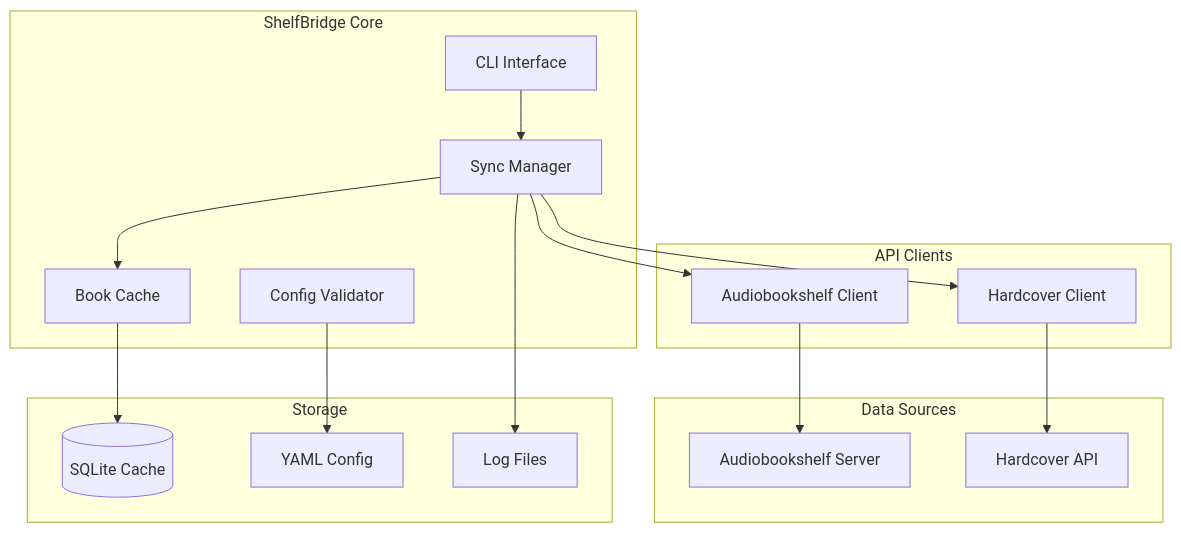
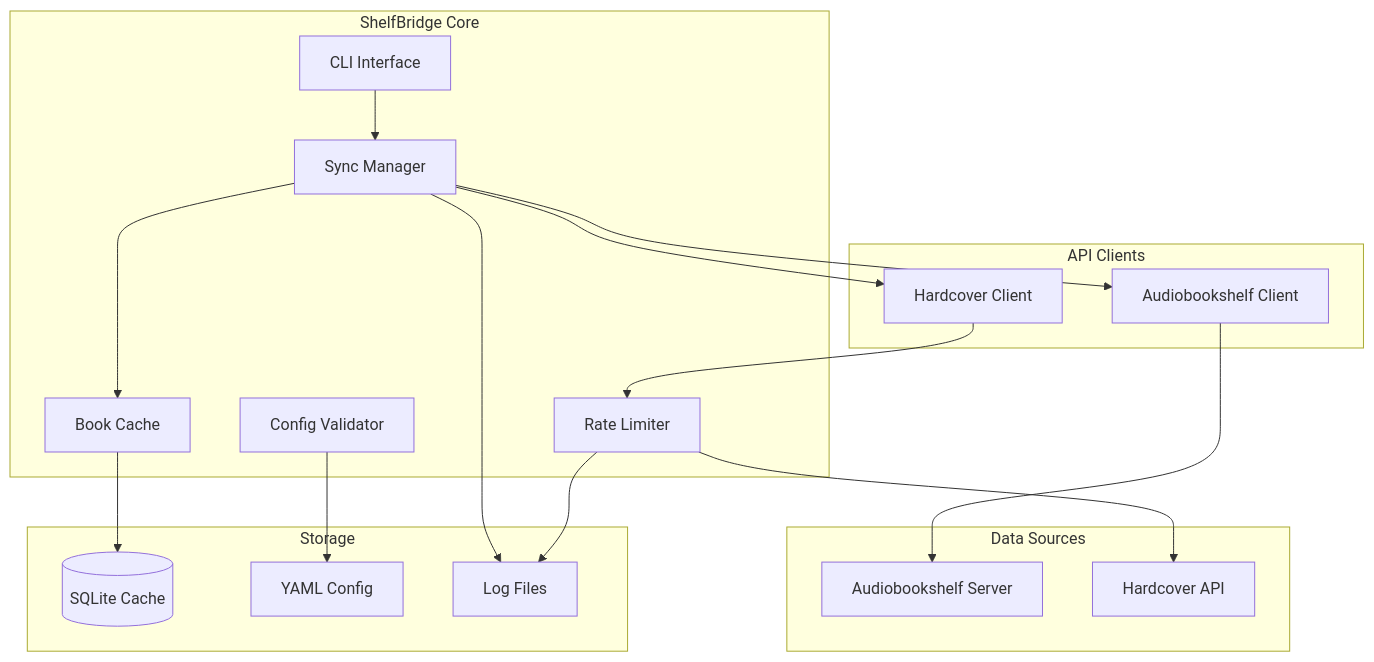
One commit to rohit-purandare/ShelfBridge changed the first of 3 diagrams in wiki/technical/Architecture-Overview.md. Above: the diagram before and after it, drawn with Mermaid. The commit also changed other lines of this file and 8 other files, not shown here.

````diff
--- a/wiki/technical/Architecture-Overview.md
+++ b/wiki/technical/Architecture-Overview.md
@@ -9,35 +9,38 @@
 ```mermaid
 graph TB
     subgraph "Data Sources"
         ABS[Audiobookshelf Server]
         HC[Hardcover API]
     end
     
     subgraph "ShelfBridge Core"
         CLI[CLI Interface]
         SM[Sync Manager]
         BC[Book Cache]
         CV[Config Validator]
+        RL[Rate Limiter]
     end
     
     subgraph "API Clients"
         ABSC[Audiobookshelf Client]
         HCC[Hardcover Client]
     end
     
     subgraph "Storage"
         SQLite[(SQLite Cache)]
         Config[YAML Config]
         Logs[Log Files]
     end
     
     CLI --> SM
     SM --> ABSC
     SM --> HCC
     SM --> BC
     BC --> SQLite
     ABSC --> ABS
-    HCC --> HC
+    HCC --> RL
+    RL --> HC
     CV --> Config
     SM --> Logs
+    RL --> Logs
 ```
````
